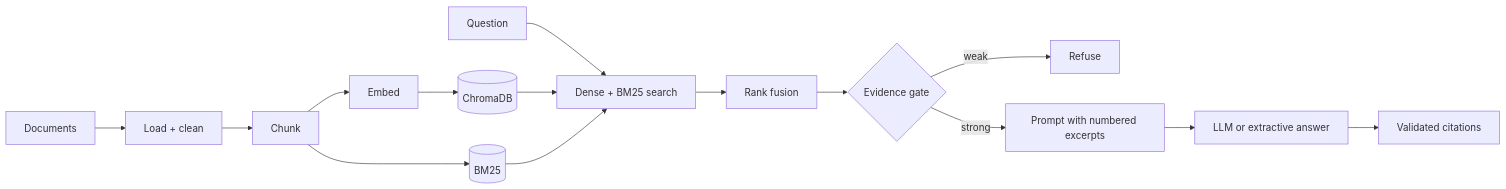
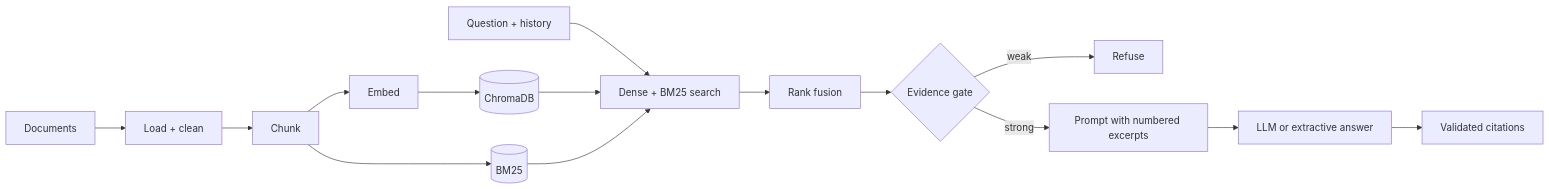
Before and after one commit to Raed-7/policypilot: the diagram in README.md, drawn with Mermaid. The commit also changed other lines of this file and 2 other files, not shown here.

````diff
--- a/README.md
+++ b/README.md
@@ -113,10 +116,10 @@
 ```mermaid
 flowchart LR
     D[Documents] --> L[Load + clean] --> C[Chunk] --> E[Embed] --> V[(ChromaDB)]
     C --> B[(BM25)]
-    Q[Question] --> S[Dense + BM25 search] --> F[Rank fusion] --> G{Evidence gate}
+    Q[Question + history] --> S[Dense + BM25 search] --> F[Rank fusion] --> G{Evidence gate}
     V --> S
     B --> S
     G -- weak --> R[Refuse]
     G -- strong --> P[Prompt with numbered excerpts] --> A[LLM or extractive answer] --> CT[Validated citations]
 ```
````
